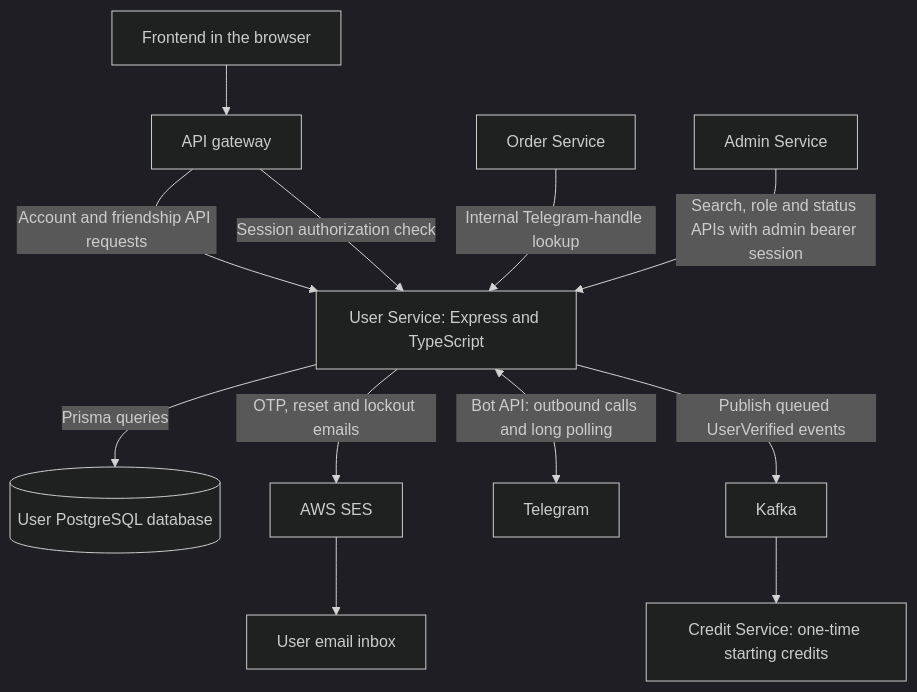
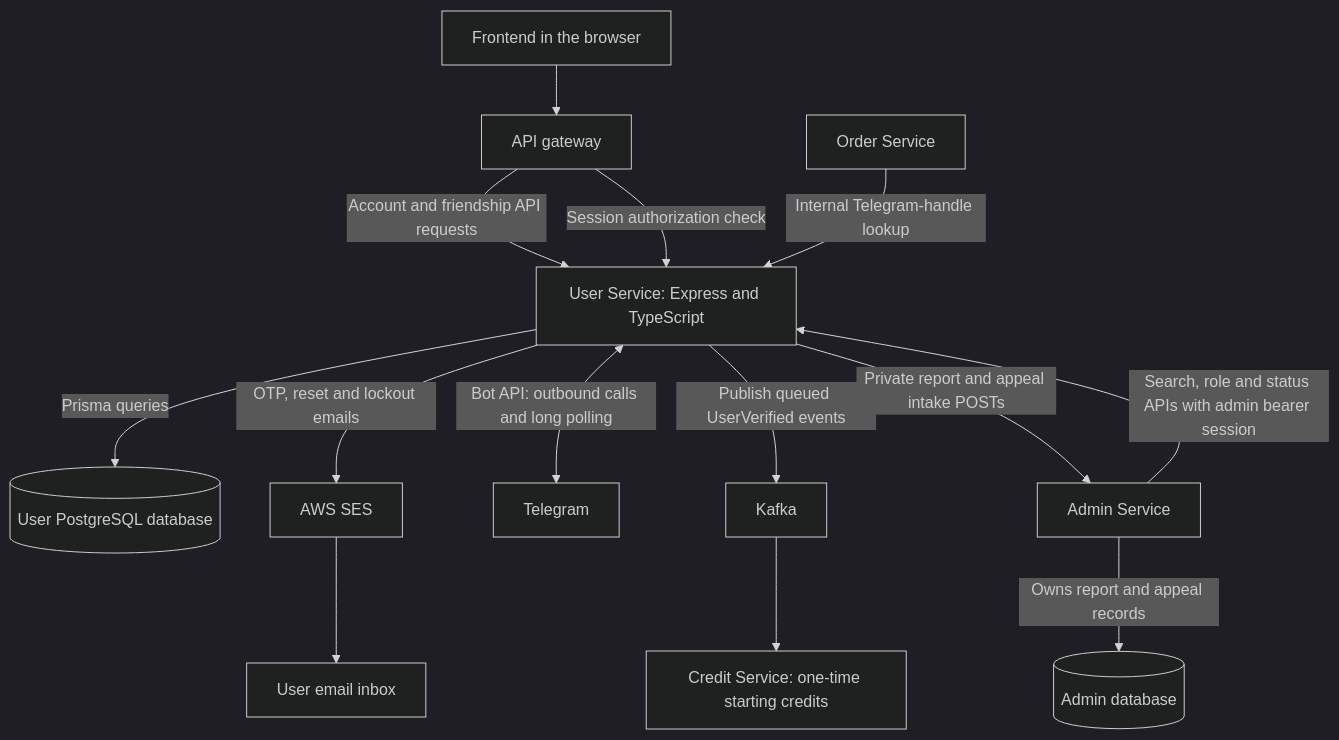
One commit to junngithub/AY2627S1-CS3219-P15 changed the first of 2 diagrams in user-service/docs/architecture.md. Above: the diagram before and after it, drawn with Mermaid (dark theme). The commit also changed other lines of this file and 21 other files, not shown here.

Commit message:
feat(user): relay user reports and suspension appeals to Admin

````diff
--- a/user-service/docs/architecture.md
+++ b/user-service/docs/architecture.md
@@ -9,14 +9,16 @@
 ```mermaid
 flowchart TB
     browser[Frontend in the browser] --> gateway[API gateway]
     gateway -->|Account and friendship API requests| user[User Service: Express and TypeScript]
     gateway -->|Session authorization check| user
     user -->|Prisma queries| db[(User PostgreSQL database)]
     user -->|OTP, reset and lockout emails| ses[AWS SES]
     ses --> inbox[User email inbox]
     user <-->|Bot API: outbound calls and long polling| telegram[Telegram]
     user -->|Publish queued UserVerified events| kafka[Kafka]
     kafka --> credit[Credit Service: one-time starting credits]
     order[Order Service] -->|Internal Telegram-handle lookup| user
     admin[Admin Service] -->|Search, role and status APIs with admin bearer session| user
+    user -->|Private report and appeal intake POSTs| admin
+    admin -->|Owns report and appeal records| admindb[(Admin database)]
 ```
````
